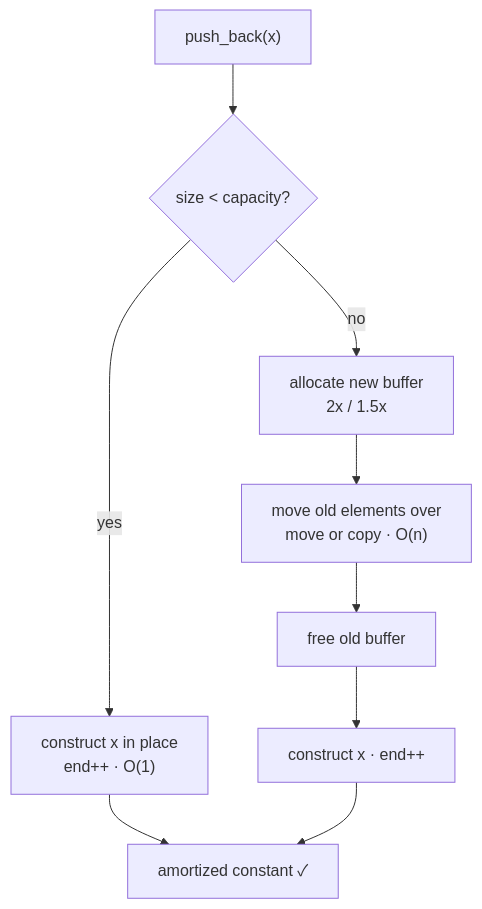
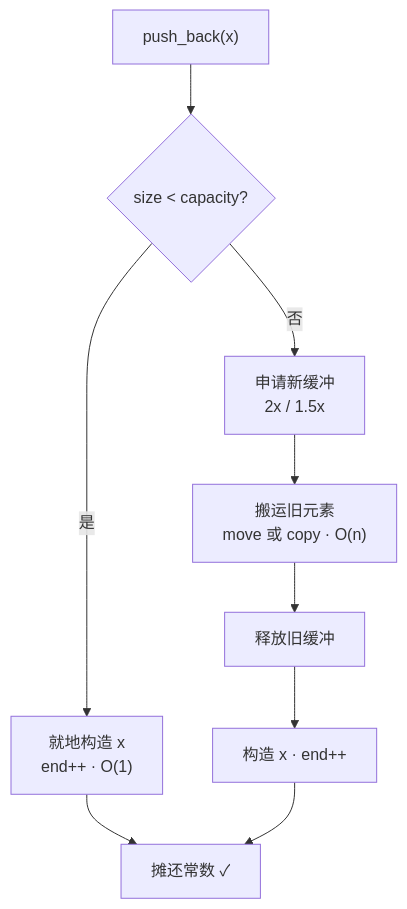
One commit to Awesome-Embedded-Learning-Studio/Tutorial_AwesomeModernCPP changed the second of 3 diagrams in documents/en/vol3-standard-library/containers/03-vector-deep-dive.md. Above: the diagram before and after it, drawn with Mermaid. The commit also changed other lines of this file and 749 other files, not shown here.

````diff
--- a/documents/en/vol3-standard-library/containers/03-vector-deep-dive.md
+++ b/documents/en/vol3-standard-library/containers/03-vector-deep-dive.md
@@ -64,11 +64,11 @@
 ```mermaid
 flowchart TD
     A["push_back(x)"] --> Q{"size &lt; capacity?"}
-    Q -- "yes" --> C["construct x in place<br/>end++ · O(1)"]
-    Q -- "no" --> D["allocate new buffer<br/>2x / 1.5x"]
-    D --> E["move old elements over<br/>move or copy · O(n)"]
-    E --> F["free old buffer"]
-    F --> G["construct x · end++"]
-    C --> H["amortized constant ✓"]
+    Q -- "是" --> C["就地构造 x<br/>end++ · O(1)"]
+    Q -- "否" --> D["申请新缓冲<br/>2x / 1.5x"]
+    D --> E["搬运旧元素<br/>move 或 copy · O(n)"]
+    E --> F["释放旧缓冲"]
+    F --> G["构造 x · end++"]
+    C --> H["摊还常数 ✓"]
     G --> H
 ```
````
